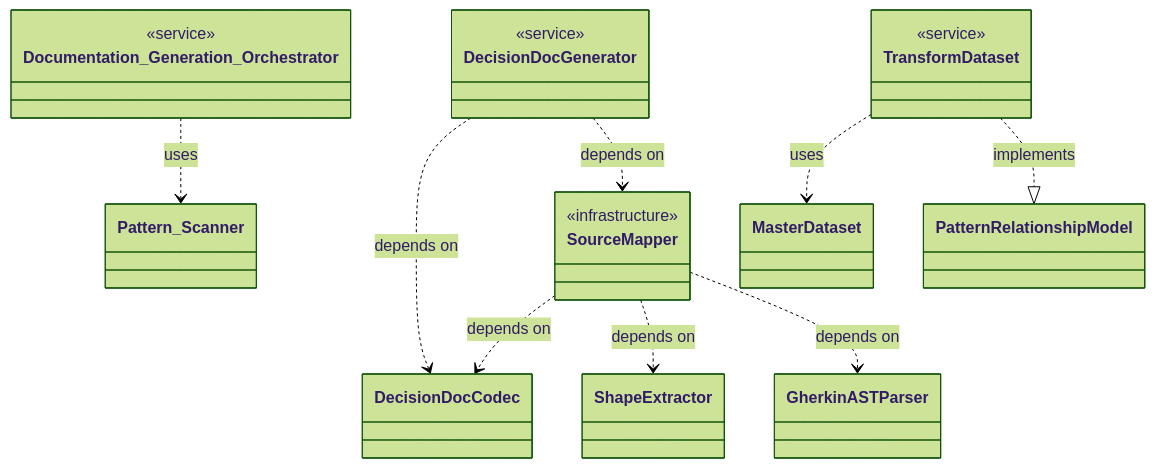
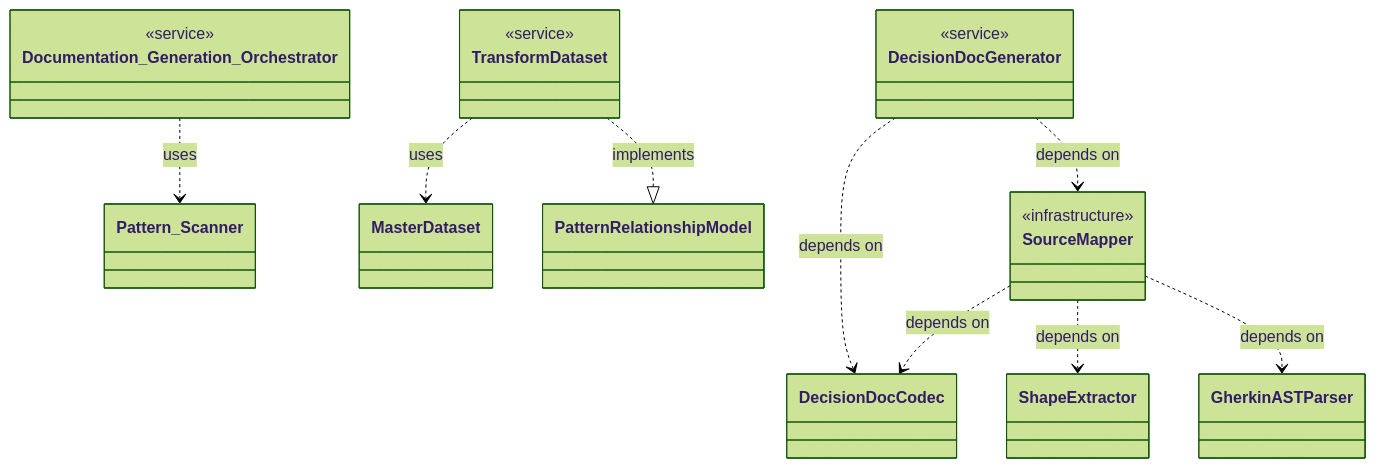
Before and after one commit to libar-dev/architect: the third of 6 diagrams in docs-generated/docs/REFERENCE-SAMPLE.md, drawn with Mermaid (forest theme). The commit also changed other lines of this file and 60 other files, not shown here.

````diff
--- a/docs-generated/docs/REFERENCE-SAMPLE.md
+++ b/docs-generated/docs/REFERENCE-SAMPLE.md
@@ -204,29 +204,29 @@
 ```mermaid
 classDiagram
     class SourceMapper {
         <<infrastructure>>
     }
     class Documentation_Generation_Orchestrator {
         <<service>>
     }
-    class DecisionDocGenerator {
+    class TransformDataset {
         <<service>>
     }
-    class TransformDataset {
+    class DecisionDocGenerator {
         <<service>>
     }
     class MasterDataset
     class Pattern_Scanner
     class GherkinASTParser
     class ShapeExtractor
     class DecisionDocCodec
     class PatternRelationshipModel
     SourceMapper ..> DecisionDocCodec : depends on
     SourceMapper ..> ShapeExtractor : depends on
     SourceMapper ..> GherkinASTParser : depends on
     Documentation_Generation_Orchestrator ..> Pattern_Scanner : uses
+    TransformDataset ..> MasterDataset : uses
+    TransformDataset ..|> PatternRelationshipModel : implements
     DecisionDocGenerator ..> DecisionDocCodec : depends on
     DecisionDocGenerator ..> SourceMapper : depends on
-    TransformDataset ..> MasterDataset : uses
-    TransformDataset ..|> PatternRelationshipModel : implements
 ```
````
